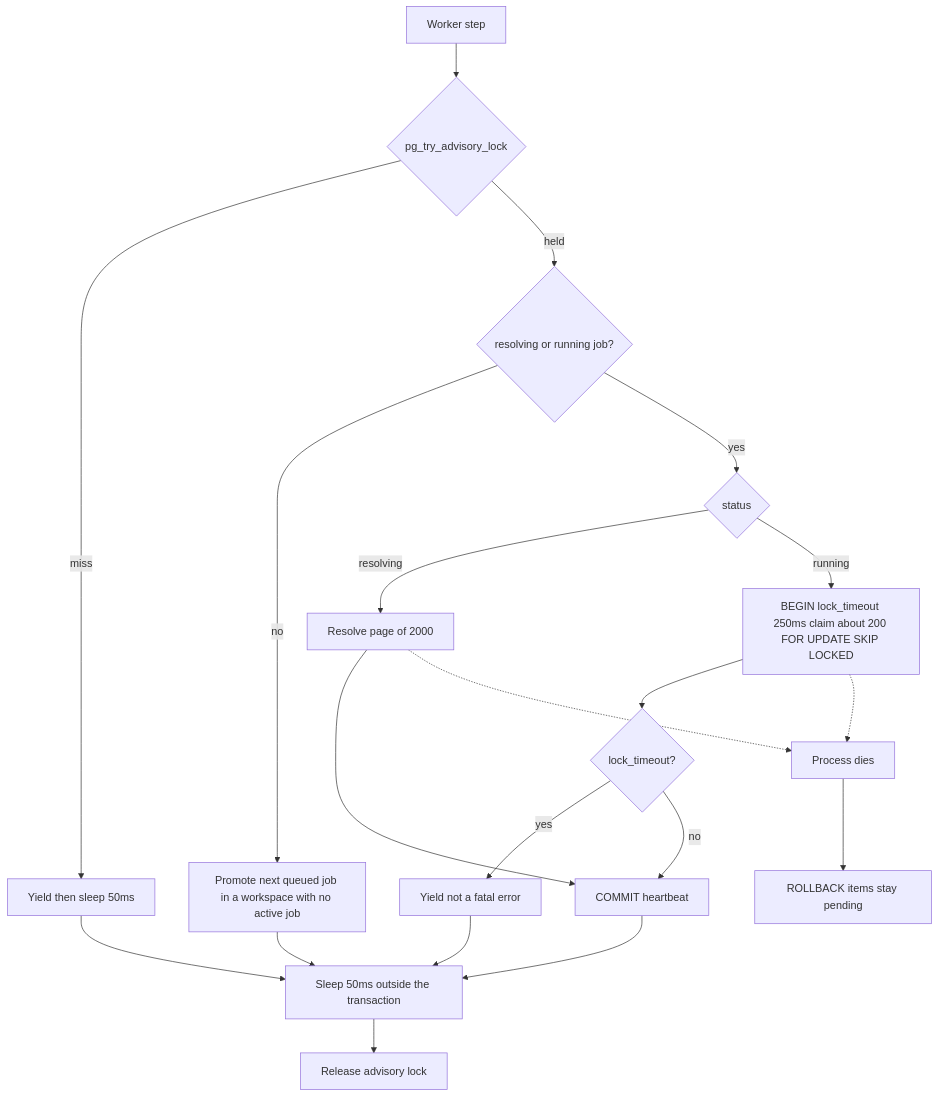
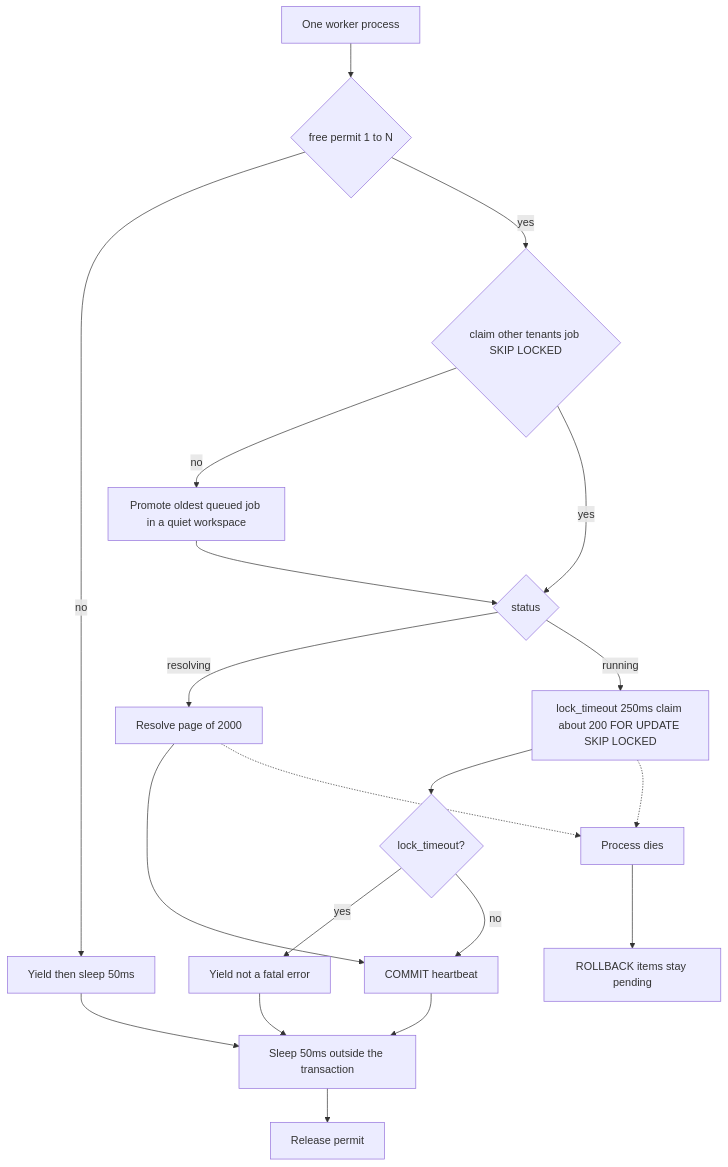
Before and after one commit to khushal-sahni/highlevel_31oct: the third of 8 diagrams in DESIGN.md, drawn with Mermaid. The commit also changed other lines of this file and 13 other files, not shown here.

````diff
--- a/DESIGN.md
+++ b/DESIGN.md
@@ -65,38 +65,38 @@
 ```mermaid
 flowchart TD
-  step[Worker step]
-  lock{"pg_try_advisory_lock"}
+  step[One worker process]
+  permit{"free permit 1 to N"}
   yieldLock[Yield then sleep 50ms]
-  active{resolving or running job?}
-  promote[Promote next queued job in a workspace with no active job]
+  claim{"claim other tenants job SKIP LOCKED"}
+  promote[Promote oldest queued job in a quiet workspace]
   phase{status}
   resolvePage[Resolve page of 2000]
-  applyChunk["BEGIN lock_timeout 250ms claim about 200 FOR UPDATE SKIP LOCKED"]
+  applyChunk["lock_timeout 250ms claim about 200 FOR UPDATE SKIP LOCKED"]
   timeout{"lock_timeout?"}
   yieldTimeout[Yield not a fatal error]
   commit[COMMIT heartbeat]
   crash[Process dies]
   rollback[ROLLBACK items stay pending]
   sleep[Sleep 50ms outside the transaction]
-  unlock[Release advisory lock]
+  unlock[Release permit]
 
-  step --> lock
-  lock -->|miss| yieldLock
-  lock -->|held| active
-  active -->|no| promote
-  active -->|yes| phase
+  step --> permit
+  permit -->|no| yieldLock
+  permit -->|yes| claim
+  claim -->|no| promote
+  claim -->|yes| phase
+  promote --> phase
   phase -->|resolving| resolvePage
   phase -->|running| applyChunk
   applyChunk --> timeout
   timeout -->|yes| yieldTimeout
   timeout -->|no| commit
   resolvePage --> commit
-  promote --> sleep
   commit --> sleep
   yieldLock --> sleep
   yieldTimeout --> sleep
   applyChunk -.-> crash
   resolvePage -.-> crash
   crash --> rollback
   sleep --> unlock
 ```
````
